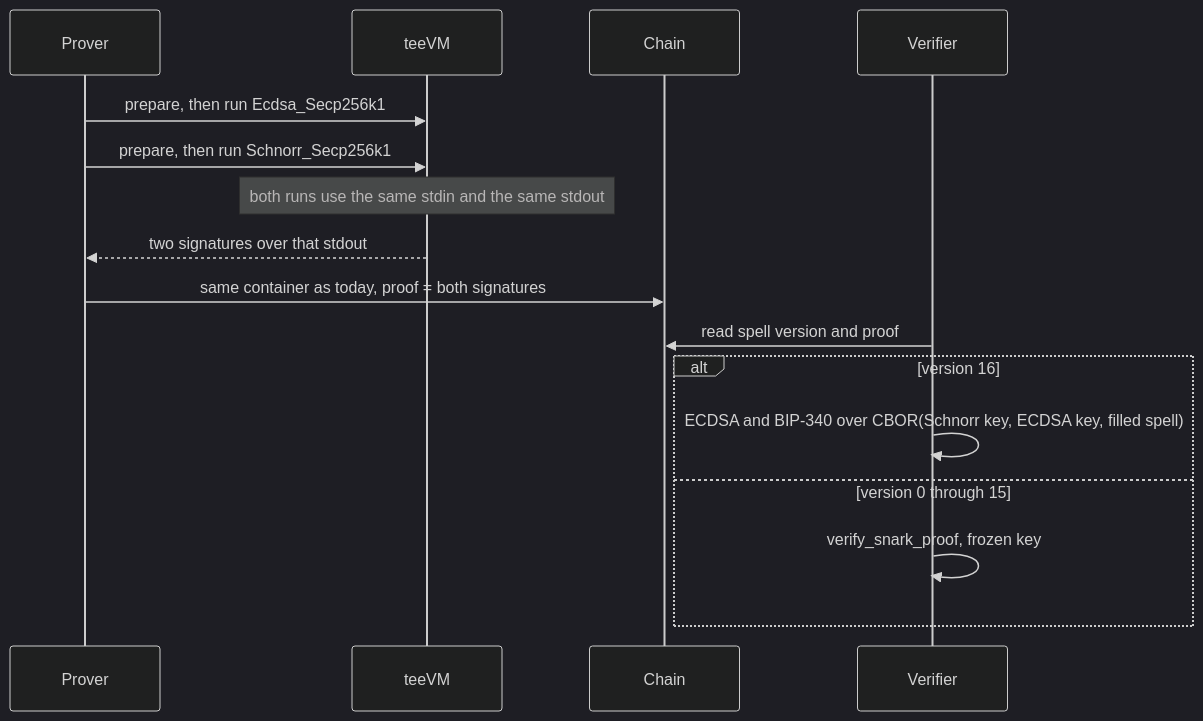
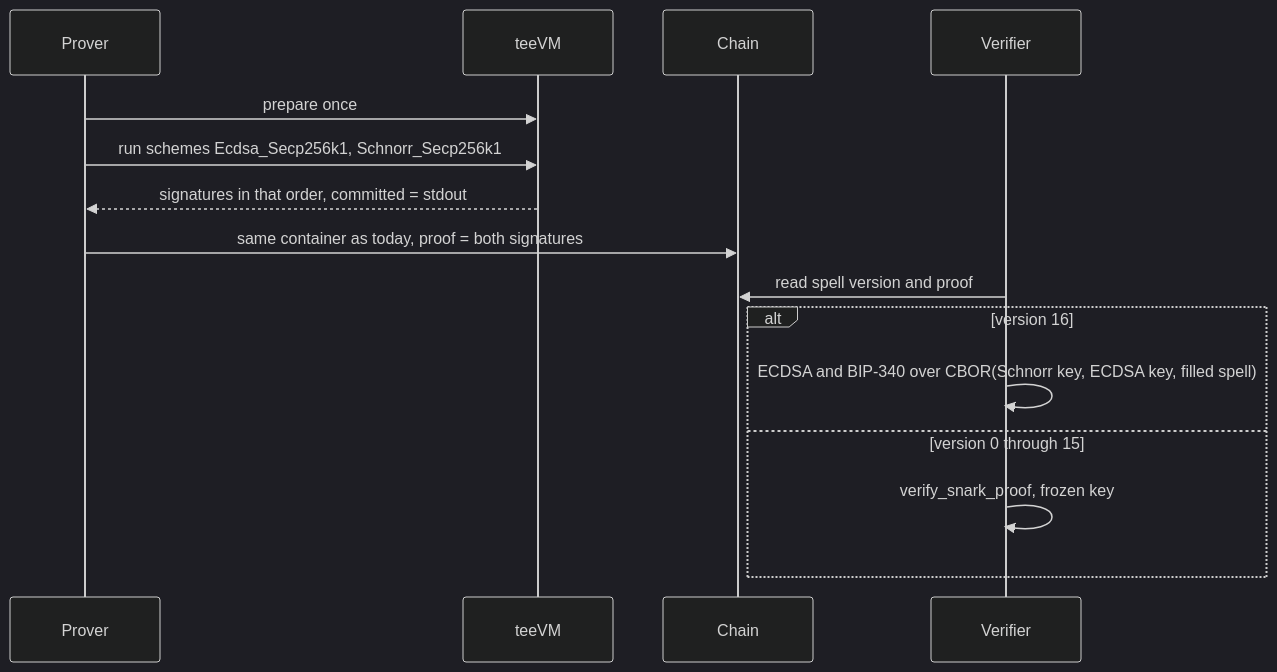
The diagram in docs/plans/2026-11-27-0145-feat-teevm-spell-certification-plan.md (CharmsDev/charms), drawn with Mermaid (dark theme) before and after one commit. The commit also changed other lines of this file, not shown here.

First line of the commit message:
docs: take both v16 signatures from one teeVM run

````diff
--- a/docs/plans/2026-11-27-0145-feat-teevm-spell-certification-plan.md
+++ b/docs/plans/2026-11-27-0145-feat-teevm-spell-certification-plan.md
@@ -174,18 +176,17 @@
 ```mermaid
 sequenceDiagram
     participant Prover
     participant teeVM
     participant Chain
     participant Verifier
-    Prover->>teeVM: prepare, then run Ecdsa_Secp256k1
-    Prover->>teeVM: prepare, then run Schnorr_Secp256k1
-    Note over teeVM: both runs use the same stdin and the same stdout
-    teeVM-->>Prover: two signatures over that stdout
+    Prover->>teeVM: prepare once
+    Prover->>teeVM: run schemes Ecdsa_Secp256k1, Schnorr_Secp256k1
+    teeVM-->>Prover: signatures in that order, committed = stdout
     Prover->>Chain: same container as today, proof = both signatures
     Verifier->>Chain: read spell version and proof
     alt version 16
         Verifier->>Verifier: ECDSA and BIP-340 over CBOR(Schnorr key, ECDSA key, filled spell)
     else version 0 through 15
         Verifier->>Verifier: verify_snark_proof, frozen key
     end
 ```
````
